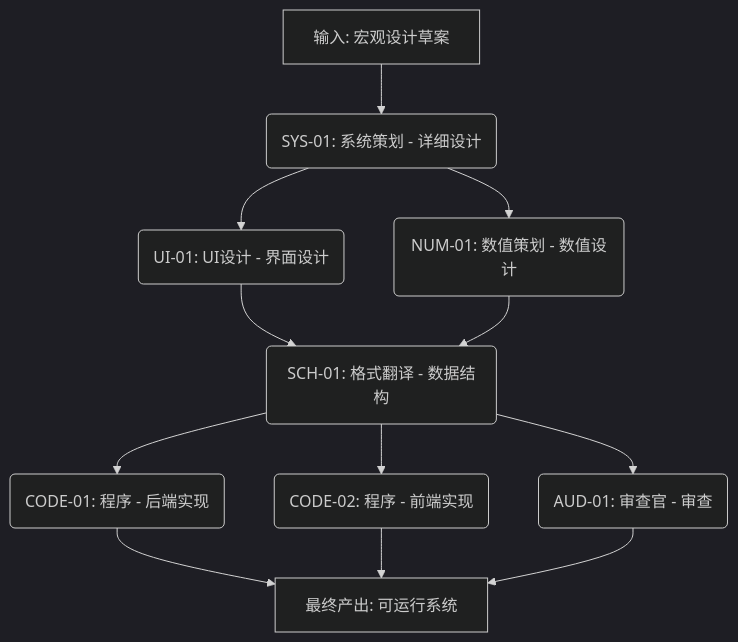
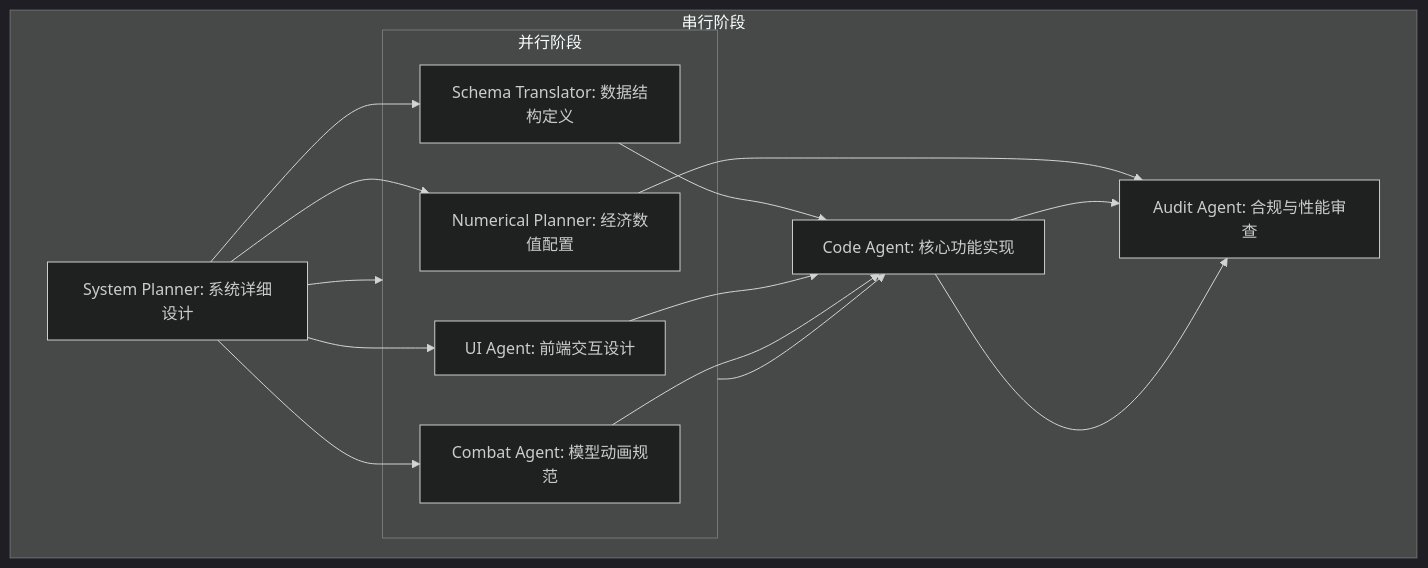
Before and after one commit to Dedemzh-bot/AI-Studio-OS: the diagram in .agent_workspace/task_plan.md, drawn with Mermaid (dark theme). The commit also changed other lines of this file and 5337 other files, not shown here.

````diff
--- a/.agent_workspace/task_plan.md
+++ b/.agent_workspace/task_plan.md
@@ -108,14 +25,27 @@
 ```mermaid
 graph TD
-    A[输入: 宏观设计草案] --> B(SYS-01: 系统策划 - 详细设计);
-    B --> C(UI-01: UI设计 - 界面设计);
-    B --> D(NUM-01: 数值策划 - 数值设计);
-    C --> E(SCH-01: 格式翻译 - 数据结构);
-    D --> E;
-    E --> F(CODE-01: 程序 - 后端实现);
-    E --> G(CODE-02: 程序 - 前端实现);
-    E --> H(AUD-01: 审查官 - 审查);
-    F --> I[最终产出: 可运行系统];
-    G --> I;
-    H --> I;
+    A[System Planner: 系统详细设计] --> B[Numerical Planner: 经济数值配置]
+    A --> C[Schema Translator: 数据结构定义]
+    A --> D[UI Agent: 前端交互设计]
+    A --> E[Combat Agent: 模型动画规范]
+    
+    C --> F[Code Agent: 核心功能实现]
+    D --> F
+    E --> F
+    
+    B --> G[Audit Agent: 合规与性能审查]
+    F --> G
+    
+    subgraph 并行阶段
+        B
+        C
+        D
+        E
+    end
+    
+    subgraph 串行阶段
+        A --> 并行阶段
+        并行阶段 --> F
+        F --> G
+    end
 ```
````
